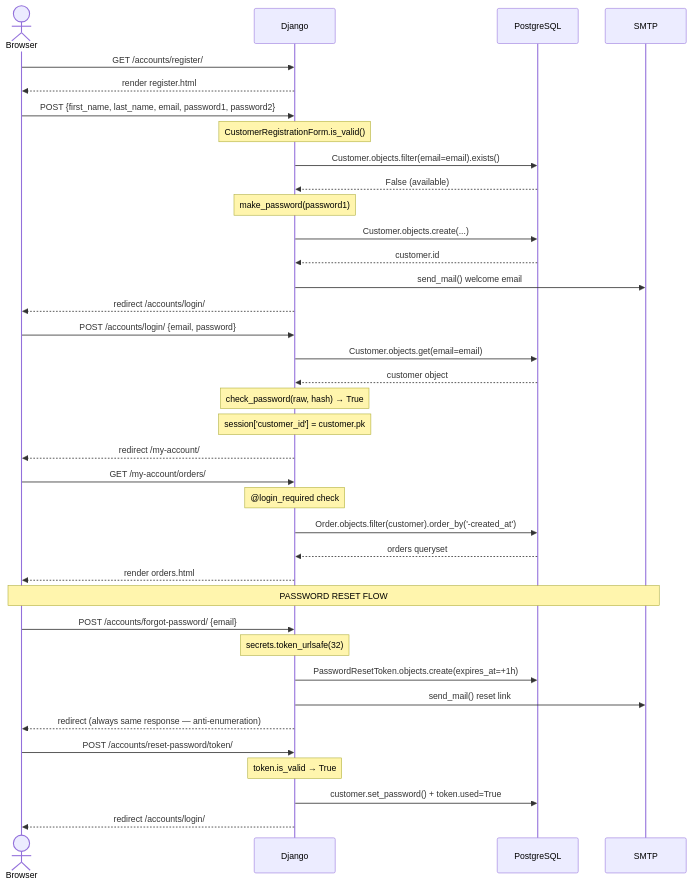
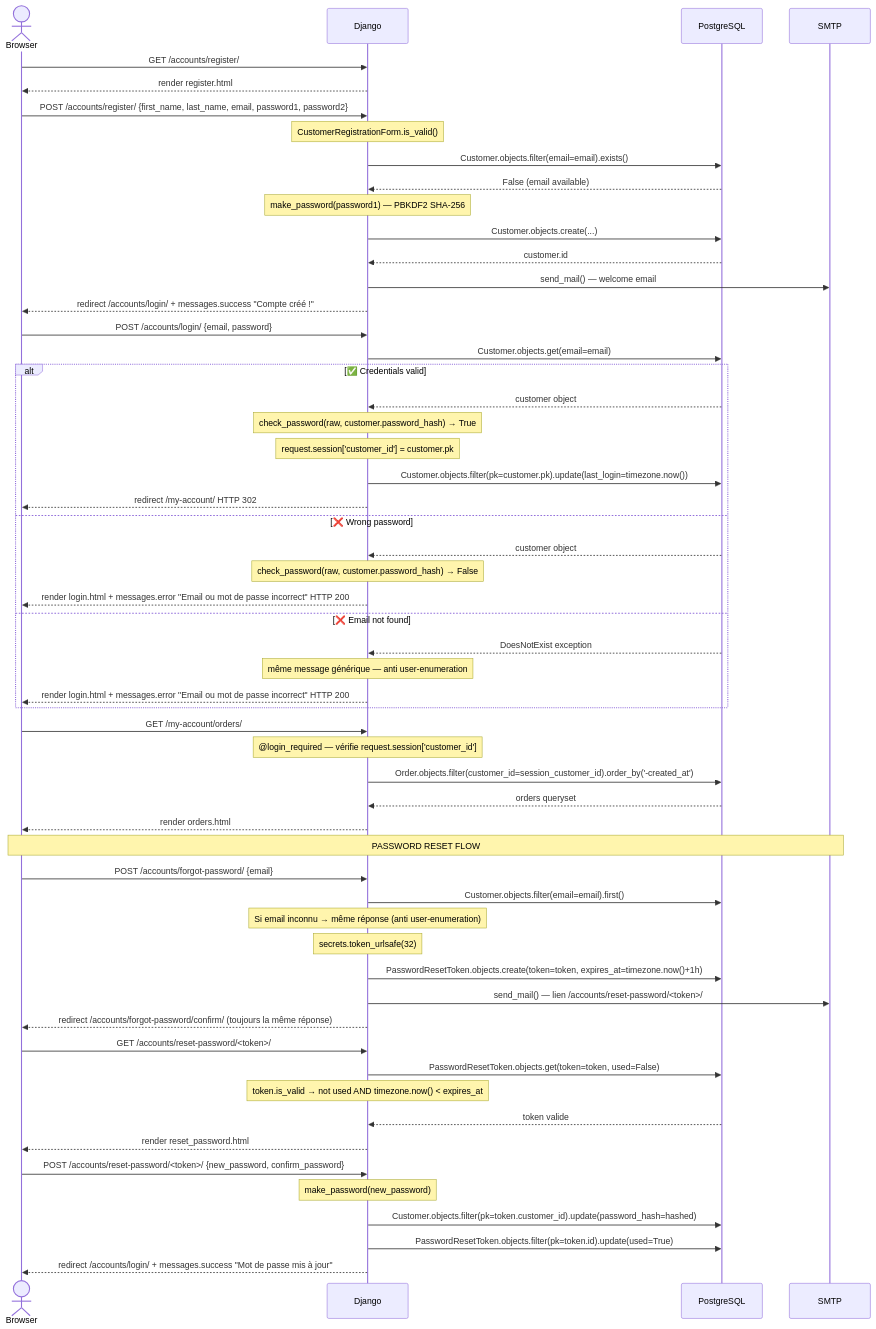
The second of 5 diagrams in Portfolio/task3_sequence_diagrams.md (SaraEstelle/Lamos-chocolate), drawn with Mermaid before and after one commit. The commit also changed other lines of this file, not shown here.

First line of the commit message:
Update sequence diagrams for purchase and registration flows

````diff
--- a/Portfolio/task3_sequence_diagrams.md
+++ b/Portfolio/task3_sequence_diagrams.md
@@ -121,45 +145,72 @@
 ```mermaid
 sequenceDiagram
     actor Browser
     participant Django
     participant DB as PostgreSQL
     participant SMTP
 
+    %% ===== REGISTRATION =====
     Browser->>Django: GET /accounts/register/
     Django-->>Browser: render register.html
 
-    Browser->>Django: POST {first_name, last_name, email, password1, password2}
+    Browser->>Django: POST /accounts/register/ {first_name, last_name, email, password1, password2}
     Note over Django: CustomerRegistrationForm.is_valid()
     Django->>DB: Customer.objects.filter(email=email).exists()
-    DB-->>Django: False (available)
-    Note over Django: make_password(password1)
+    DB-->>Django: False (email available)
+    Note over Django: make_password(password1) — PBKDF2 SHA-256
     Django->>DB: Customer.objects.create(...)
     DB-->>Django: customer.id
-    Django->>SMTP: send_mail() welcome email
-    Django-->>Browser: redirect /accounts/login/
+    Django->>SMTP: send_mail() — welcome email
+    Django-->>Browser: redirect /accounts/login/ + messages.success "Compte créé !"
 
+    %% ===== LOGIN WITH ALT =====
     Browser->>Django: POST /accounts/login/ {email, password}
     Django->>DB: Customer.objects.get(email=email)
-    DB-->>Django: customer object
-    Note over Django: check_password(raw, hash) → True
-    Note over Django: session['customer_id'] = customer.pk
-    Django-->>Browser: redirect /my-account/
 
+    alt ✅ Credentials valid
+        DB-->>Django: customer object
+        Note over Django: check_password(raw, customer.password_hash) → True
+        Note over Django: request.session['customer_id'] = customer.pk
+        Django->>DB: Customer.objects.filter(pk=customer.pk).update(last_login=timezone.now())
+        Django-->>Browser: redirect /my-account/ HTTP 302
+
+    else ❌ Wrong password
+        DB-->>Django: customer object
+        Note over Django: check_password(raw, customer.password_hash) → False
+        Django-->>Browser: render login.html + messages.error "Email ou mot de passe incorrect" HTTP 200
+
+    else ❌ Email not found
+        DB-->>Django: DoesNotExist exception
+        Note over Django: même message générique — anti user-enumeration
+        Django-->>Browser: render login.html + messages.error "Email ou mot de passe incorrect" HTTP 200
+    end
+
+    %% ===== PROTECTED ACCOUNT PAGE =====
     Browser->>Django: GET /my-account/orders/
-    Note over Django: @login_required check
-    Django->>DB: Order.objects.filter(customer).order_by('-created_at')
+    Note over Django: @login_required — vérifie request.session['customer_id']
+    Django->>DB: Order.objects.filter(customer_id=session_customer_id).order_by('-created_at')
     DB-->>Django: orders queryset
     Django-->>Browser: render orders.html
 
+    %% ===== PASSWORD RESET =====
     Note over Browser,SMTP: PASSWORD RESET FLOW
     Browser->>Django: POST /accounts/forgot-password/ {email}
+    Django->>DB: Customer.objects.filter(email=email).first()
+    Note over Django: Si email inconnu → même réponse (anti user-enumeration)
     Note over Django: secrets.token_urlsafe(32)
-    Django->>DB: PasswordResetToken.objects.create(expires_at=+1h)
-    Django->>SMTP: send_mail() reset link
-    Django-->>Browser: redirect (always same response — anti-enumeration)
+    Django->>DB: PasswordResetToken.objects.create(token=token, expires_at=timezone.now()+1h)
+    Django->>SMTP: send_mail() — lien /accounts/reset-password/<token>/
+    Django-->>Browser: redirect /accounts/forgot-password/confirm/ (toujours la même réponse)
 
-    Browser->>Django: POST /accounts/reset-password/token/
-    Note over Django: token.is_valid → True
-    Django->>DB: customer.set_password() + token.used=True
-    Django-->>Browser: redirect /accounts/login/
+    Browser->>Django: GET /accounts/reset-password/<token>/
+    Django->>DB: PasswordResetToken.objects.get(token=token, used=False)
+    Note over Django: token.is_valid → not used AND timezone.now() < expires_at
+    DB-->>Django: token valide
+    Django-->>Browser: render reset_password.html
+
+    Browser->>Django: POST /accounts/reset-password/<token>/ {new_password, confirm_password}
+    Note over Django: make_password(new_password)
+    Django->>DB: Customer.objects.filter(pk=token.customer_id).update(password_hash=hashed)
+    Django->>DB: PasswordResetToken.objects.filter(pk=token.id).update(used=True)
+    Django-->>Browser: redirect /accounts/login/ + messages.success "Mot de passe mis à jour"
 ```
````
